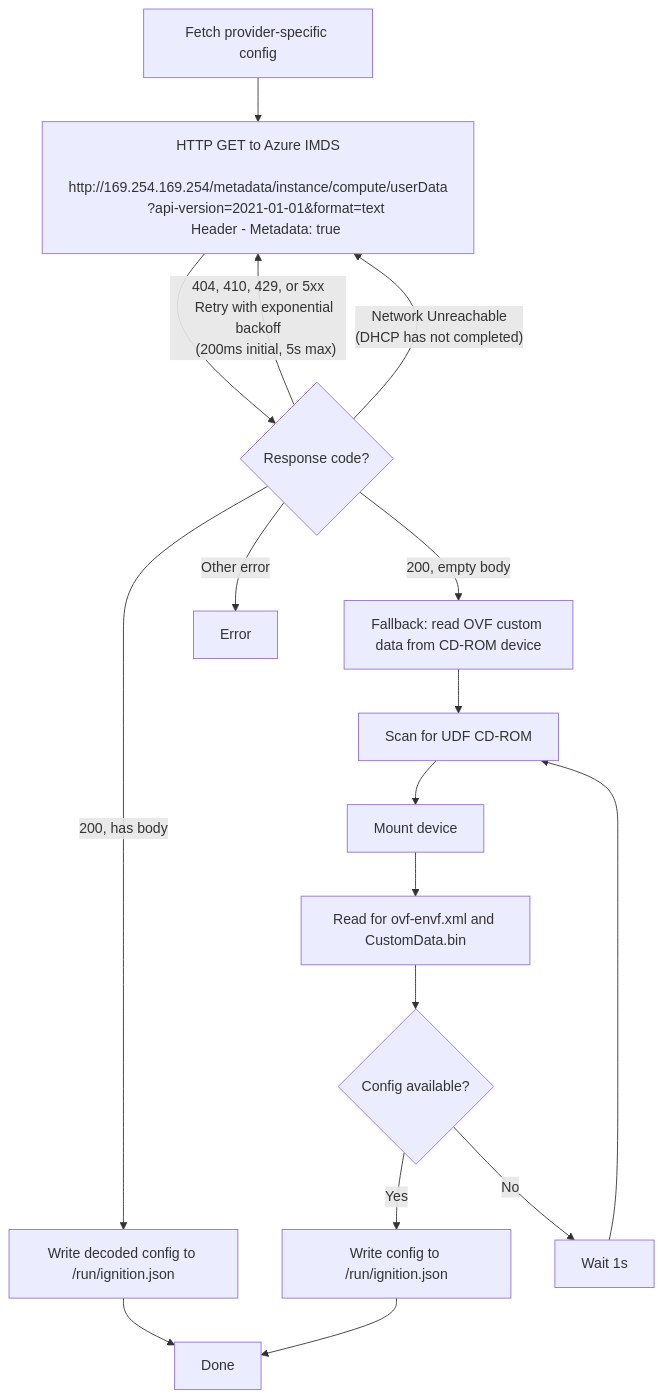
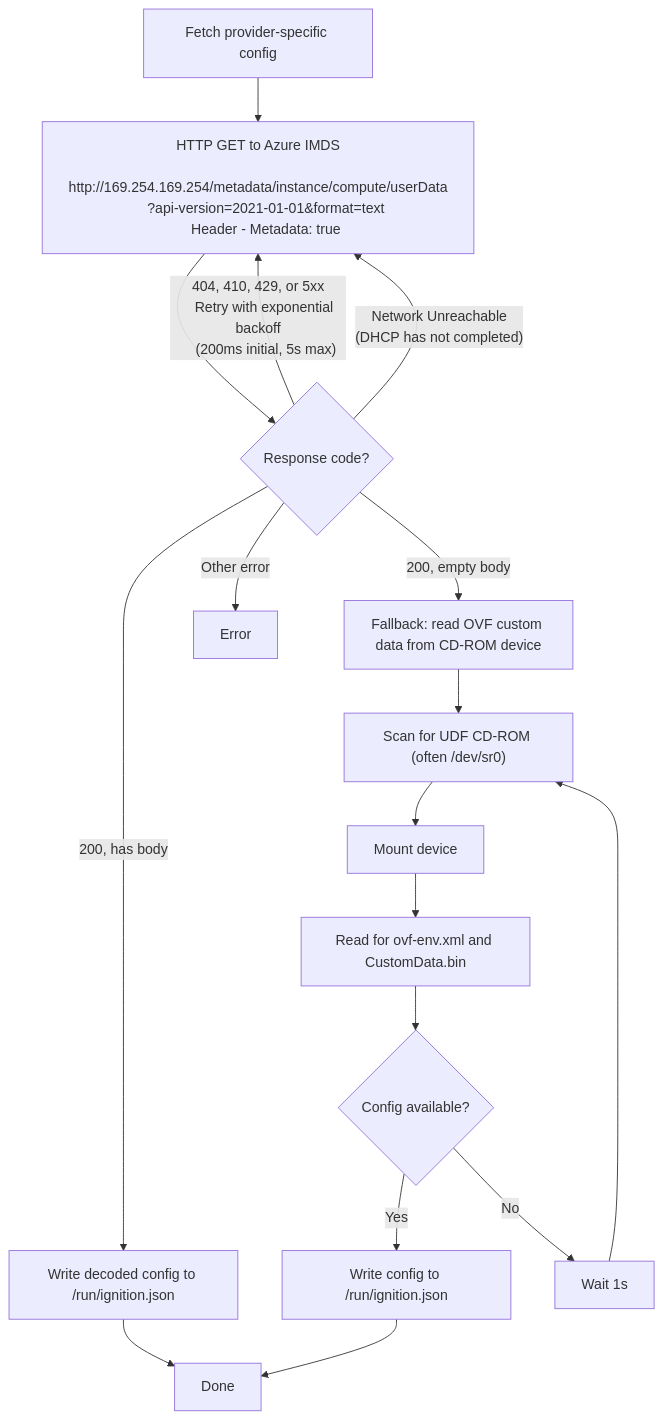
One commit to coreos/ignition changed the second of 2 diagrams in docs/ignition-flow.md. Above: the diagram before and after it, drawn with Mermaid.

Commit message:
Provide more detail about CD-ROM

````diff
--- a/docs/ignition-flow.md
+++ b/docs/ignition-flow.md
@@ -117,29 +117,29 @@
 ```mermaid
 flowchart TB
     %% ===== AZURE PROVIDER-SPECIFIC CONFIG FETCH =====
 
     start["Fetch provider-specific config"] --> imds_request["HTTP GET to Azure IMDS
     http://169.254.169.254/metadata/instance/compute/userData
     ?api-version=2021-01-01&format=text
     Header - Metadata: true"]
 
     imds_request --> imds_retry{"Response code?"}
     imds_retry -->|"404, 410, 429, or 5xx
     Retry with exponential backoff
     (200ms initial, 5s max)"| imds_request
     imds_retry -->|"Network Unreachable
     (DHCP has not completed)"| imds_request
     imds_retry -->|200, empty body| fallback_ovf
     imds_retry -->|200, has body| write_config["Write decoded config to /run/ignition.json"]
     imds_retry -->|Other error| error["Error"]
     write_config --> done["Done"]
 
     fallback_ovf["Fallback: read OVF custom data from CD-ROM device"]
-    fallback_ovf --> scan["Scan for UDF CD-ROM"]
+    fallback_ovf --> scan["Scan for UDF CD-ROM (often /dev/sr0)"]
     scan --> mount["Mount device"]
-    mount --> read["Read for ovf-envf.xml and CustomData.bin"]
+    mount --> read["Read for ovf-env.xml and CustomData.bin"]
     read --> available{"Config available?"}
     available -->|Yes| write_device["Write config to /run/ignition.json"]
     write_device --> done
     available -->|No| wait["Wait 1s"] --> scan
 ```
````
